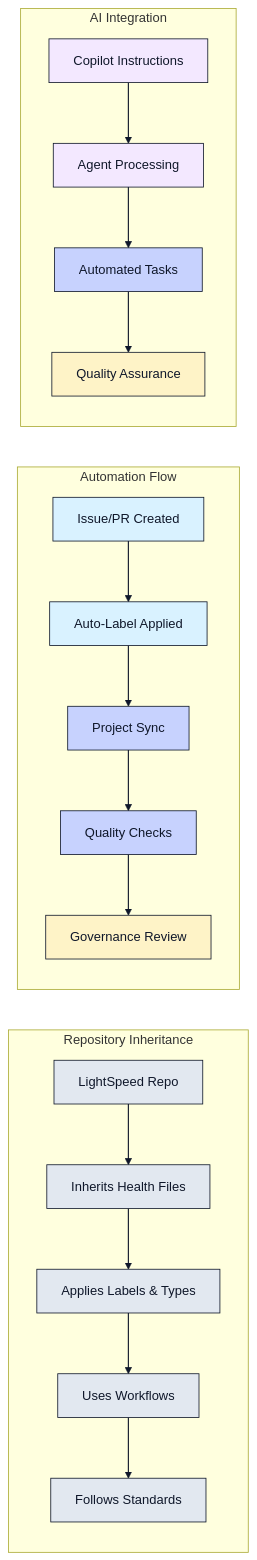
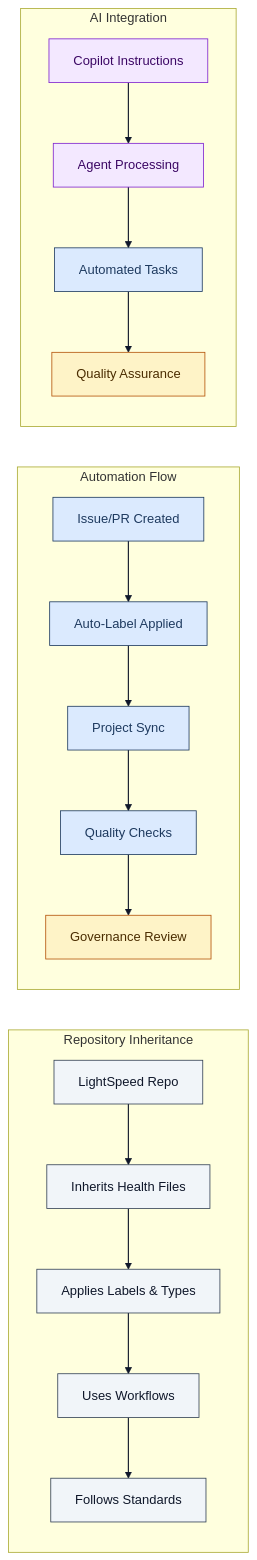
The second of 7 diagrams in README.md (lightspeedwp/.github), drawn with Mermaid before and after one commit. The commit also changed other lines of this file and 244 other files, not shown here.

First line of the commit message:
test(accessibility): README.md update script testing + Mermaid accessibility enhancement

````diff
--- a/README.md
+++ b/README.md
@@ -226,47 +226,48 @@
 ```mermaid
 flowchart LR
+%%{init: { 'accessibility': { 'diagWithoutTitle':true } }}%%
 accTitle: Inheritance and automation flow
 accDescr: Shows how canonical community health files propagate through automation workflows and AI integration to enforce labels, standards, and governance.
   subgraph "Repository Inheritance"
     A[LightSpeed Repo] --> B[Inherits Health Files]
     B --> C[Applies Labels & Types]
     C --> D[Uses Workflows]
     D --> E[Follows Standards]
   end
 
   subgraph "Automation Flow"
     F[Issue/PR Created] --> G[Auto-Label Applied]
     G --> H[Project Sync]
     H --> I[Quality Checks]
     I --> J[Governance Review]
   end
 
   subgraph "AI Integration"
     K[Copilot Instructions] --> L[Agent Processing]
     L --> M[Automated Tasks]
     M --> N[Quality Assurance]
   end
 
-  classDef repo fill:#e2e8f0,stroke:#0f172a,color:#0f172a
-  classDef automation fill:#d9f2ff,stroke:#0f172a,color:#0f172a
-  classDef ai fill:#f3e8ff,stroke:#0f172a,color:#0f172a
-  classDef development fill:#c7d2fe,stroke:#0f172a,color:#0f172a
-  classDef review fill:#fef3c7,stroke:#0f172a,color:#0f172a
+  classDef repo fill:#f1f5f9,stroke:#334155,color:#0f172a
+  classDef automation fill:#dbeafe,stroke:#1e3a5f,color:#1e3a5f
+  classDef ai fill:#f3e8ff,stroke:#7e22ce,color:#3b0764
+  classDef development fill:#dbeafe,stroke:#1e3a5f,color:#1e3a5f
+  classDef review fill:#fef3c7,stroke:#b45309,color:#4a2c00
 
   class A repo
   class B repo
   class C repo
   class D repo
   class E repo
   class F automation
   class G automation
   class H development
   class I development
   class J review
   class K ai
   class L ai
   class M development
   class N review
 
   linkStyle default stroke:#0f172a,stroke-width:1.4px
 ```
````
